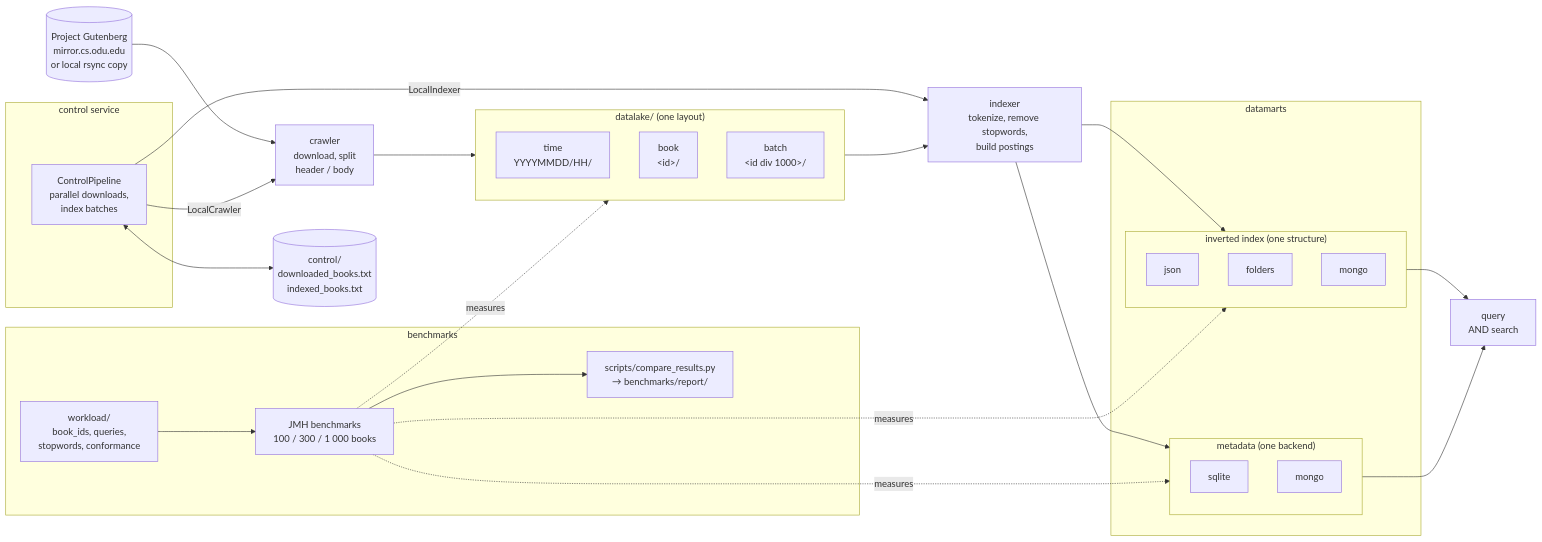
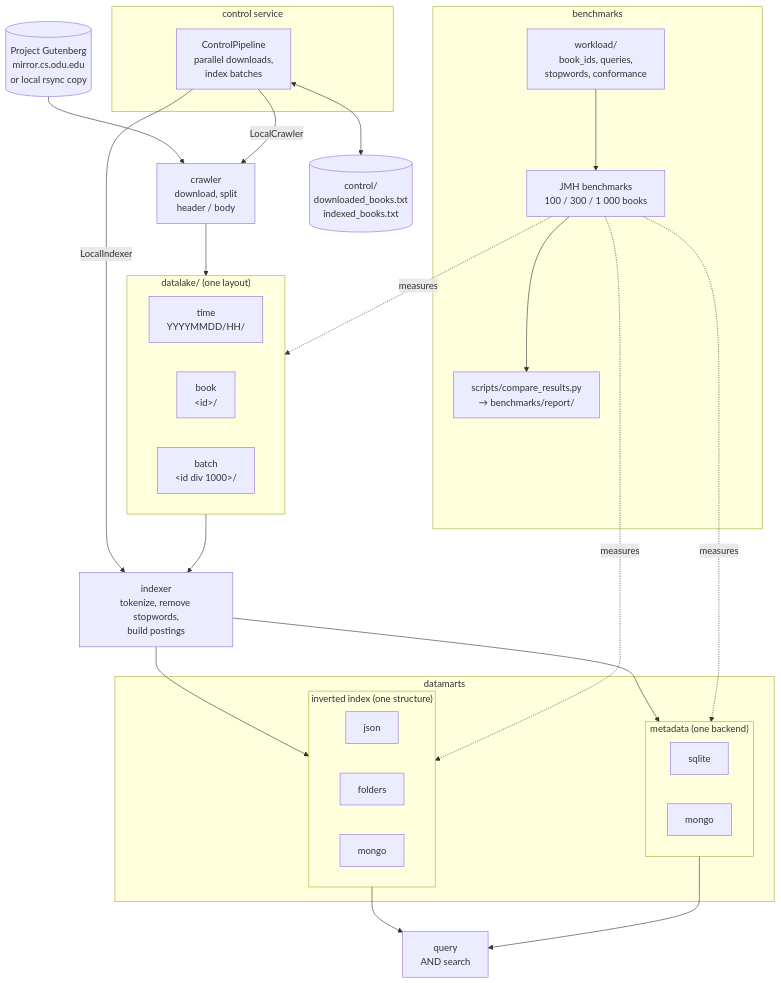
One commit to Query-Tarantino/Query_Tarantino-Java changed the diagram in README.md. Above: the diagram before and after it, drawn with Mermaid.

Commit message:
added class diagram

````diff
--- a/README.md
+++ b/README.md
@@ -14,54 +14,54 @@
 ```mermaid
-flowchart LR
+flowchart TB
     gutenberg[("Project Gutenberg<br/>mirror.cs.odu.edu<br/>or local rsync copy")]
 
     subgraph control_svc["control service"]
         pipeline["ControlPipeline<br/>parallel downloads,<br/>index batches"]
     end
 
     crawler["crawler<br/>download, split<br/>header / body"]
     indexer["indexer<br/>tokenize, remove stopwords,<br/>build postings"]
     query["query<br/>AND search"]
 
     subgraph datalake["datalake/ (one layout)"]
         dl_time["time<br/>YYYYMMDD/HH/"]
         dl_book["book<br/>&lt;id&gt;/"]
         dl_batch["batch<br/>&lt;id div 1000&gt;/"]
     end
 
     subgraph datamarts["datamarts"]
         subgraph index["inverted index (one structure)"]
             ix_json["json"]
             ix_folders["folders"]
             ix_mongo["mongo"]
         end
         subgraph metadata["metadata (one backend)"]
             md_sqlite["sqlite"]
             md_mongo["mongo"]
         end
     end
 
     state[("control/<br/>downloaded_books.txt<br/>indexed_books.txt")]
 
     gutenberg --> crawler
     pipeline -->|"LocalCrawler"| crawler
     pipeline -->|"LocalIndexer"| indexer
     pipeline <--> state
     crawler --> datalake
     datalake --> indexer
     indexer --> index
     indexer --> metadata
     index --> query
     metadata --> query
 
     subgraph bench["benchmarks"]
         workload["workload/<br/>book_ids, queries,<br/>stopwords, conformance"]
         jmh["JMH benchmarks<br/>100 / 300 / 1 000 books"]
         report["scripts/compare_results.py<br/>→ benchmarks/report/"]
         workload --> jmh --> report
     end
 
     jmh -.->|"measures"| datalake
     jmh -.->|"measures"| index
     jmh -.->|"measures"| metadata
 ```
````
